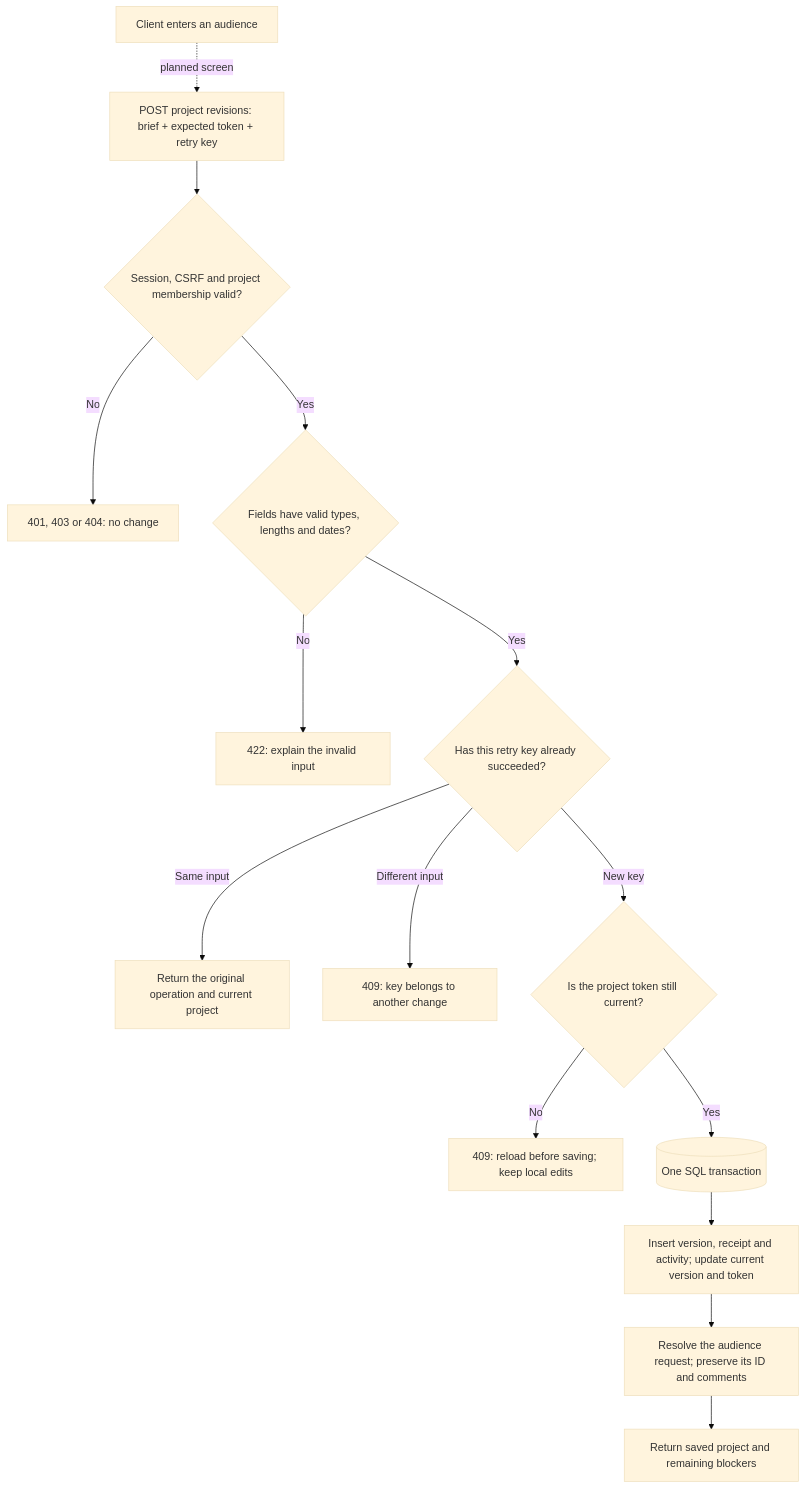
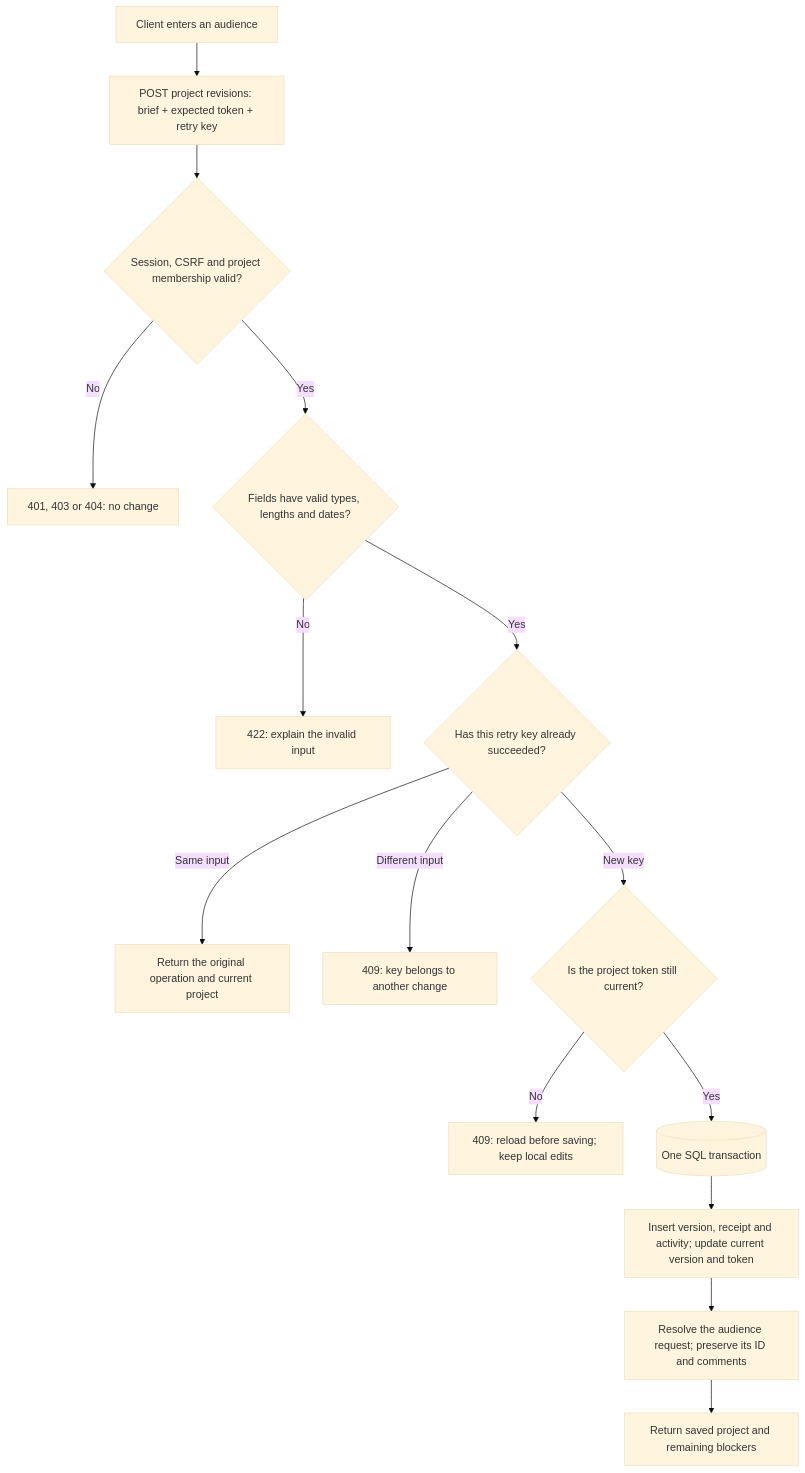
The first of 6 diagrams in docs/how-it-works.md (mosalah-77/onboarding-portal), drawn with Mermaid (base theme) before and after one commit. The commit also changed other lines of this file and 6 other files, not shown here.

First line of the commit message:
Document the data flow, learning evidence and operator limits

````diff
--- a/docs/how-it-works.md
+++ b/docs/how-it-works.md
@@ -11,17 +11,17 @@
 ```mermaid
 flowchart TD
-  A[Client enters an audience] -. planned screen .-> B[POST project revisions: brief + expected token + retry key]
+  A[Client enters an audience] --> B[POST project revisions: brief + expected token + retry key]
   B --> C{Session, CSRF and project membership valid?}
   C -->|No| X[401, 403 or 404: no change]
   C -->|Yes| D{Fields have valid types, lengths and dates?}
   D -->|No| Y[422: explain the invalid input]
   D -->|Yes| E{Has this retry key already succeeded?}
   E -->|Same input| F[Return the original operation and current project]
   E -->|Different input| G[409: key belongs to another change]
   E -->|New key| H{Is the project token still current?}
   H -->|No| I[409: reload before saving; keep local edits]
   H -->|Yes| J[(One SQL transaction)]
   J --> K[Insert version, receipt and activity; update current version and token]
   K --> L[Resolve the audience request; preserve its ID and comments]
   L --> M[Return saved project and remaining blockers]
 ```
````
